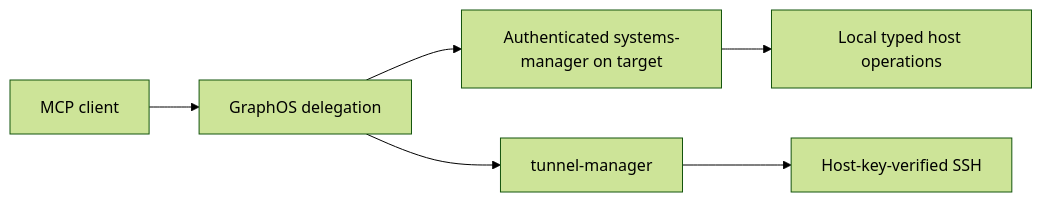
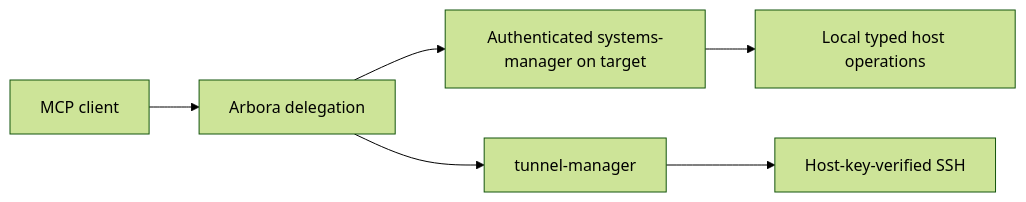
The diagram in docs/multi_host.md (Knuckles-Team/systems-manager), drawn with Mermaid (forest theme) before and after one commit. The commit also changed other lines of this file and 13 other files, not shown here.

First line of the commit message:
chore: rename graph-os terminology to arbora [skip ci]

````diff
--- a/docs/multi_host.md
+++ b/docs/multi_host.md
@@ -12,8 +12,8 @@
 ```mermaid
 flowchart LR
-    Client[MCP client] --> GraphOS[GraphOS delegation]
-    GraphOS --> LocalSM[Authenticated systems-manager on target]
-    GraphOS --> Tunnel[tunnel-manager]
+    Client[MCP client] --> Arbora[Arbora delegation]
+    Arbora --> LocalSM[Authenticated systems-manager on target]
+    Arbora --> Tunnel[tunnel-manager]
     Tunnel --> SSH[Host-key-verified SSH]
     LocalSM --> Host[Local typed host operations]
 ```
````
